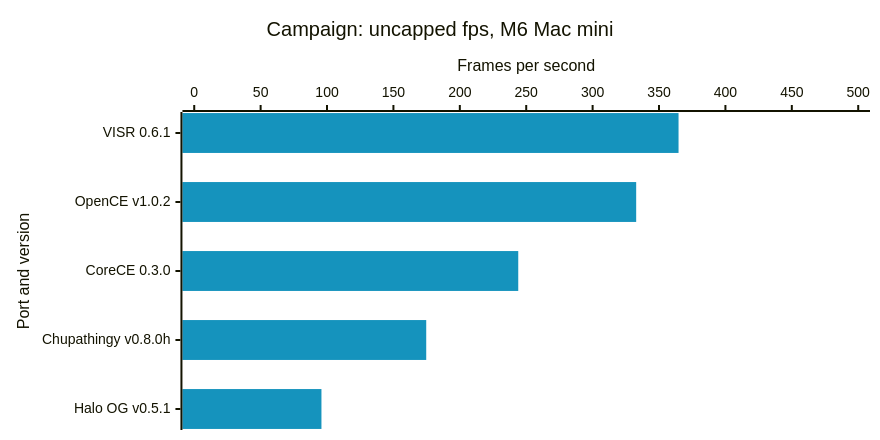
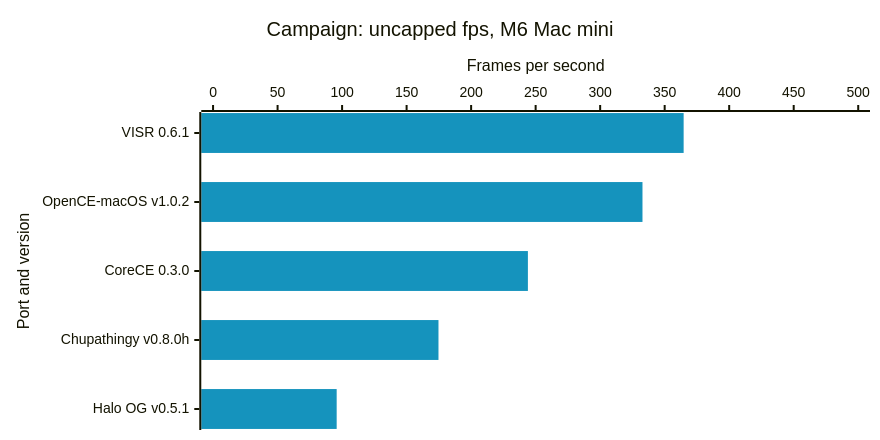
One commit to steverice/halo-ce-ios changed the first of 4 diagrams in docs/benchmarks.md. Above: the diagram before and after it, drawn with Mermaid. The commit also changed 9 other files, not shown here.

````diff
--- a/docs/benchmarks.md
+++ b/docs/benchmarks.md
@@ -19,16 +19,16 @@
 ```mermaid
 ---
 config:
   xyChart:
     width: 860
     height: 420
   themeVariables:
     xyChart:
       plotColorPalette: "#1593bd, #c8870a"
 ---
 xychart-beta horizontal
     title "Campaign: uncapped fps, M6 Mac mini"
-    x-axis "Port and version" ["VISR 0.6.1", "OpenCE v1.0.2", "CoreCE 0.3.0", "Chupathingy v0.8.0h", "Halo OG v0.5.1"]
+    x-axis "Port and version" ["VISR 0.6.1", "OpenCE-macOS v1.0.2", "CoreCE 0.3.0", "Chupathingy v0.8.0h", "Halo OG v0.5.1"]
     y-axis "Frames per second" 0 --> 500
     bar [364.7, 332.8, 244, 174.7, 95.8]
 ```
````
